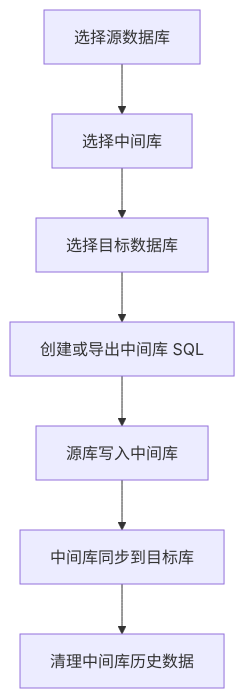
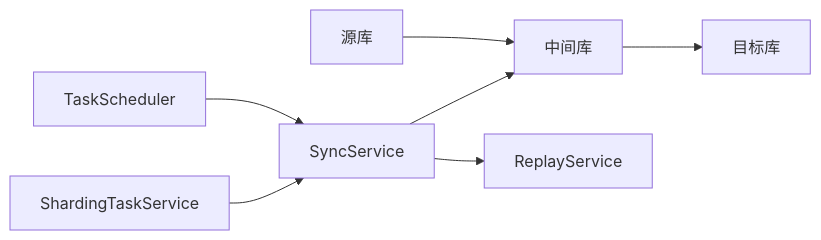
Before and after one commit to SamHub1991/FastData: the third of 3 diagrams in .monkeycode/specs/项目需求2026年5月/design.md, drawn with Mermaid. The commit also changed other lines of this file and 18 other files, not shown here.

````diff
--- a/.monkeycode/specs/项目需求2026年5月/design.md
+++ b/.monkeycode/specs/项目需求2026年5月/design.md
@@ -166,9 +130,9 @@
 ```mermaid
-graph TD
-    A["选择源数据库"] --> B["选择中间库"]
-    B --> C["选择目标数据库"]
-    C --> D["创建或导出中间库 SQL"]
-    D --> E["源库写入中间库"]
-    E --> F["中间库同步到目标库"]
-    F --> G["清理中间库历史数据"]
+graph LR
+    A["源库"] --> B["中间库"]
+    B --> C["目标库"]
+    D["SyncService"] --> B
+    D --> E["ReplayService"]
+    F["TaskScheduler"] --> D
+    G["ShardingTaskService"] --> D
 ```
````
